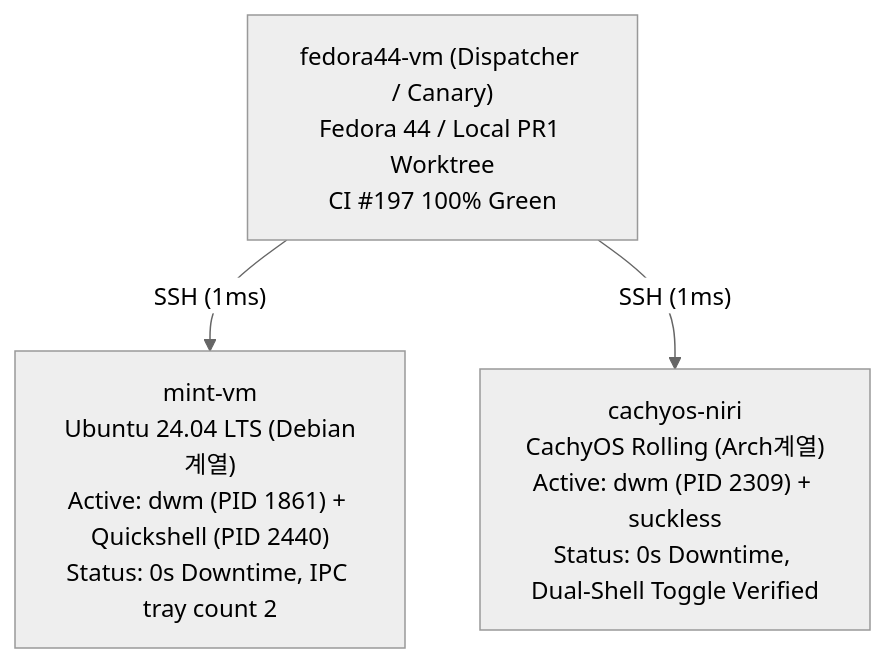
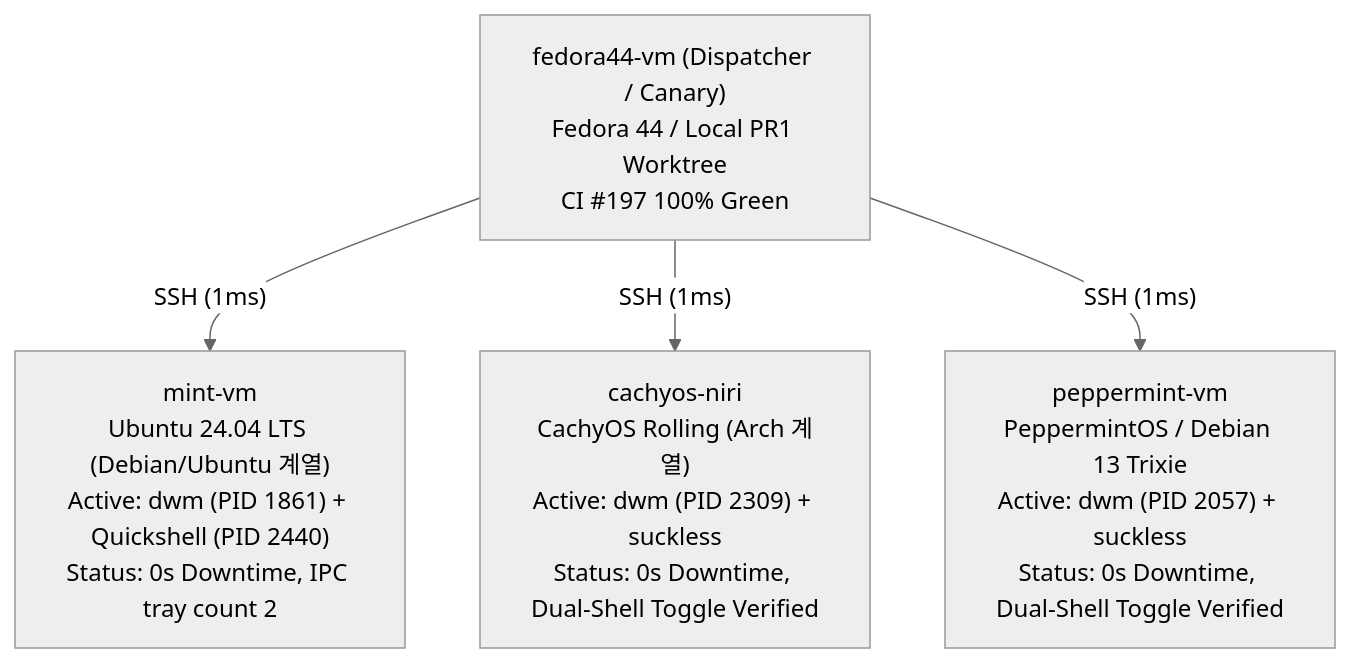
Before and after one commit to oomaya/dwm-oomaya: the diagram in .agents/artifacts/dwm-quickshell-fleet-inspection-synthesis.md, drawn with Mermaid (neutral theme). The commit also changed other lines of this file and 1 other file, not shown here.

Commit message:
docs(artifacts): update synthesis and stage37 reports with peppermint-vm live verification

````diff
--- a/.agents/artifacts/dwm-quickshell-fleet-inspection-synthesis.md
+++ b/.agents/artifacts/dwm-quickshell-fleet-inspection-synthesis.md
@@ -38,6 +39,7 @@
 ```mermaid
 flowchart TD
     Host["fedora44-vm (Dispatcher / Canary)\nFedora 44 / Local PR1 Worktree\nCI #197 100% Green"]
-    Host -->|"SSH (1ms)"| Mint["mint-vm\nUbuntu 24.04 LTS (Debian계열)\nActive: dwm (PID 1861) + Quickshell (PID 2440)\nStatus: 0s Downtime, IPC tray count 2"]
-    Host -->|"SSH (1ms)"| Cachy["cachyos-niri\nCachyOS Rolling (Arch계열)\nActive: dwm (PID 2309) + suckless\nStatus: 0s Downtime, Dual-Shell Toggle Verified"]
+    Host -->|"SSH (1ms)"| Mint["mint-vm\nUbuntu 24.04 LTS (Debian/Ubuntu 계열)\nActive: dwm (PID 1861) + Quickshell (PID 2440)\nStatus: 0s Downtime, IPC tray count 2"]
+    Host -->|"SSH (1ms)"| Cachy["cachyos-niri\nCachyOS Rolling (Arch 계열)\nActive: dwm (PID 2309) + suckless\nStatus: 0s Downtime, Dual-Shell Toggle Verified"]
+    Host -->|"SSH (1ms)"| Peppermint["peppermint-vm\nPeppermintOS / Debian 13 Trixie\nActive: dwm (PID 2057) + suckless\nStatus: 0s Downtime, Dual-Shell Toggle Verified"]
 ```
````
